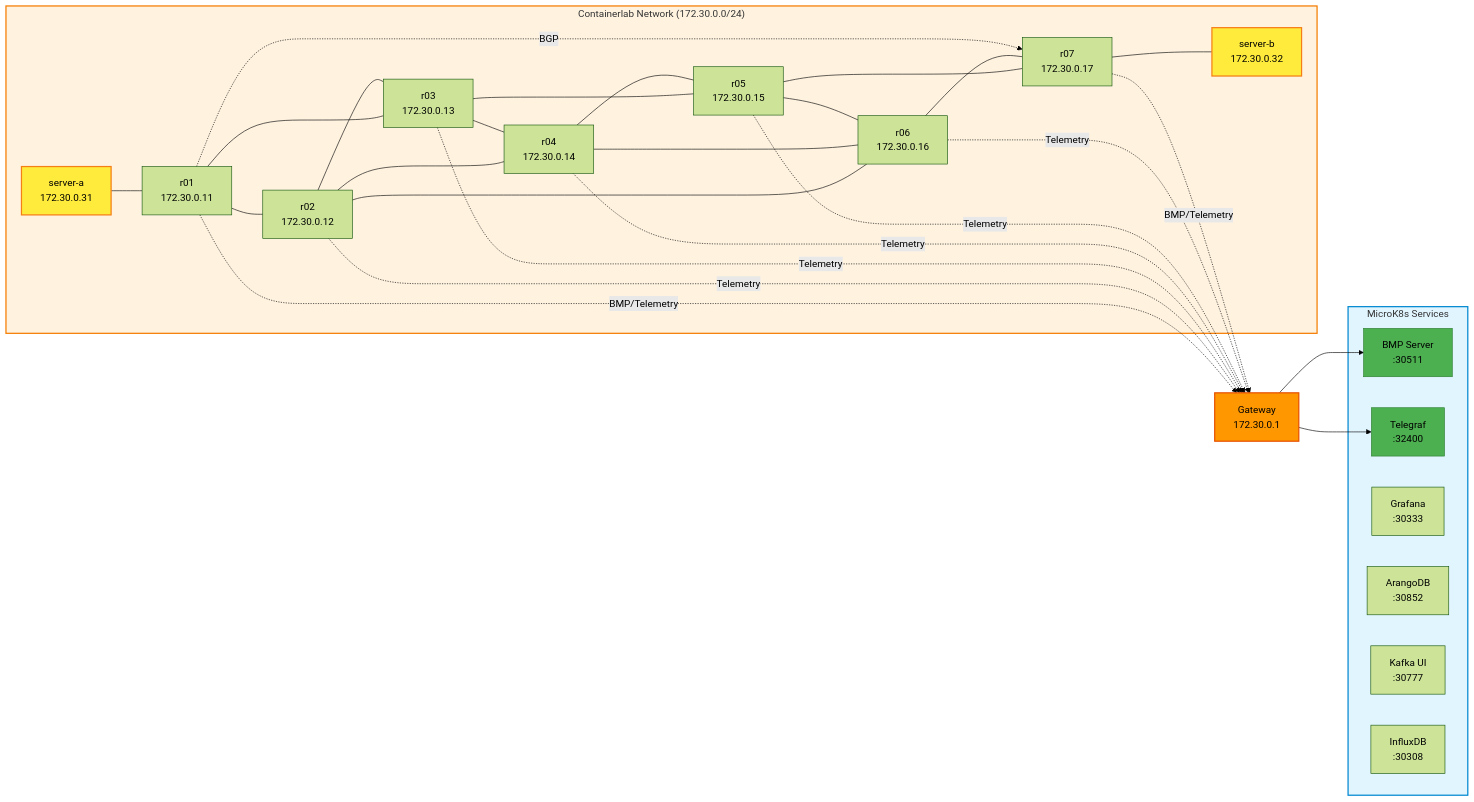
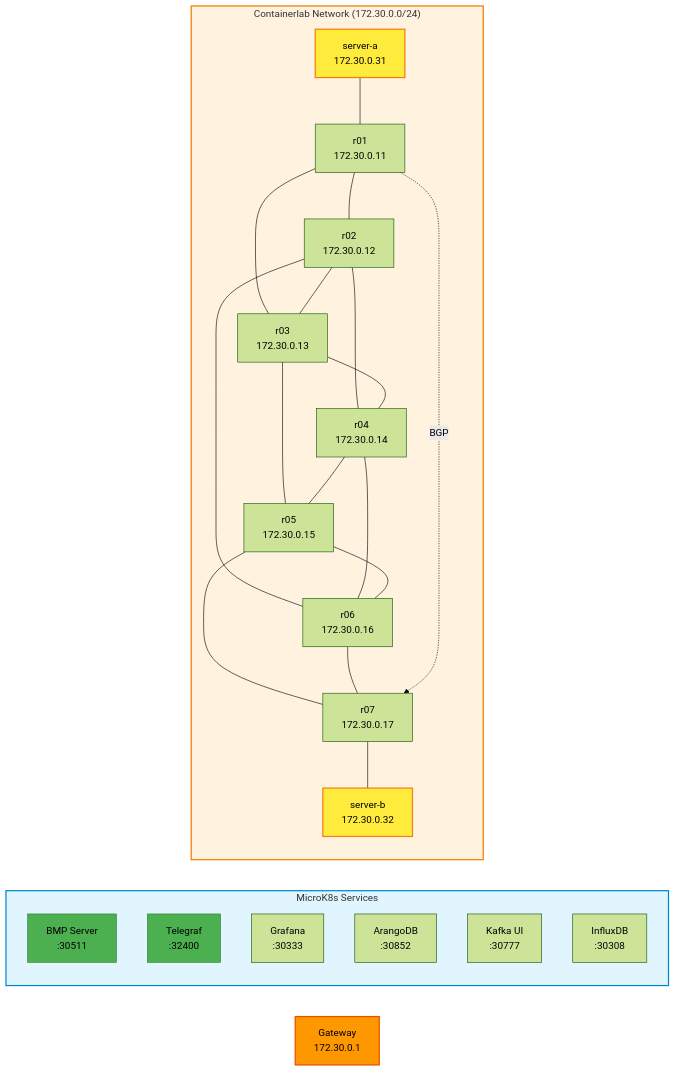
Before and after one commit to severindellsperger/jalapeno-bmp-demo: the diagram in README.md, drawn with Mermaid (forest theme).

Commit message:
Simplify Mermaid diagram by removing telemetry arrows
Agent-Logs-Url: https://github.com/severindellsperger/jalapeno-bmp-demo/sessions/80776549-acc9-401c-9b89-8ce7cd47b15f

````diff
--- a/README.md
+++ b/README.md
@@ -17,65 +17,52 @@
 ```mermaid
 graph LR
     GW["Gateway<br/>172.30.0.1"]
 
     subgraph K8s["MicroK8s Services"]
         BMP["BMP Server<br/>:30511"]
         TEL["Telegraf<br/>:32400"]
         GRAF["Grafana<br/>:30333"]
         ARANGO["ArangoDB<br/>:30852"]
         KAFKA["Kafka UI<br/>:30777"]
         INFLUX["InfluxDB<br/>:30308"]
     end
 
     subgraph CL["Containerlab Network (172.30.0.0/24)"]
         SA["server-a<br/>172.30.0.31"]
         R01["r01<br/>172.30.0.11"]
         R02["r02<br/>172.30.0.12"]
         R03["r03<br/>172.30.0.13"]
         R04["r04<br/>172.30.0.14"]
         R05["r05<br/>172.30.0.15"]
         R06["r06<br/>172.30.0.16"]
         R07["r07<br/>172.30.0.17"]
         SB["server-b<br/>172.30.0.32"]
     end
 
     %% Physical topology (left to right)
     SA --- R01
     R01 --- R02
     R01 --- R03
     R02 --- R03
     R02 --- R04
     R02 --- R06
     R03 --- R04
     R03 --- R05
     R04 --- R05
     R04 --- R06
     R05 --- R06
     R05 --- R07
     R06 --- R07
     R07 --- SB
 
-    %% BMP/Telemetry to Gateway
-    R01 -.BMP/Telemetry.-> GW
-    R02 -.Telemetry.-> GW
-    R03 -.Telemetry.-> GW
-    R04 -.Telemetry.-> GW
-    R05 -.Telemetry.-> GW
-    R06 -.Telemetry.-> GW
-    R07 -.BMP/Telemetry.-> GW
-
-    %% Gateway to Services
-    GW --> BMP
-    GW --> TEL
-
     %% BGP peering
     R01 -.BGP.-> R07
 
     style K8s fill:#e1f5ff,stroke:#0288d1,stroke-width:2px
     style CL fill:#fff3e0,stroke:#f57c00,stroke-width:2px
     style BMP fill:#4caf50,stroke:#2e7d32
     style TEL fill:#4caf50,stroke:#2e7d32
     style GW fill:#ff9800,stroke:#e65100,stroke-width:2px
     style SA fill:#ffeb3b,stroke:#f57f17,stroke-width:2px
     style SB fill:#ffeb3b,stroke:#f57f17,stroke-width:2px
 ```
````
